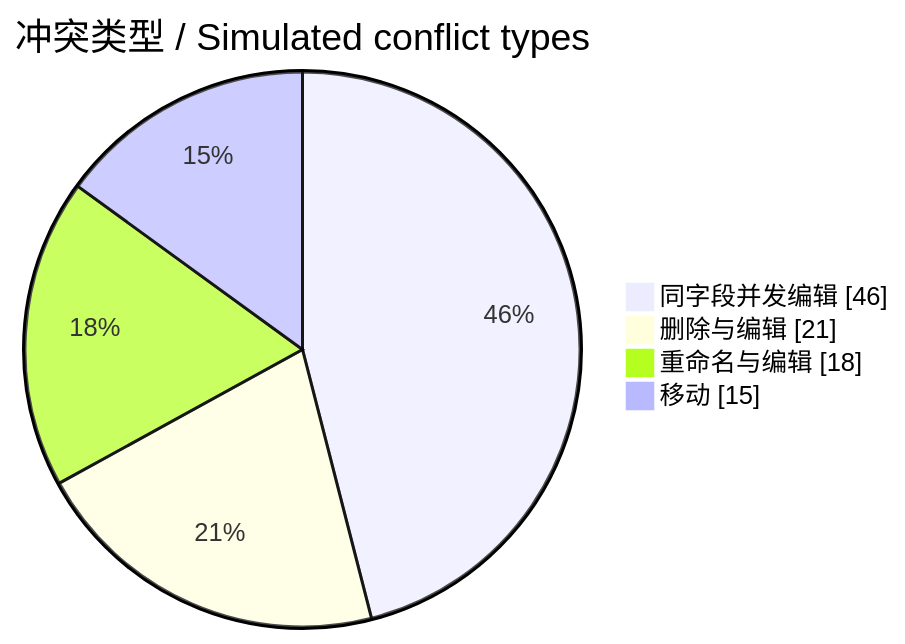
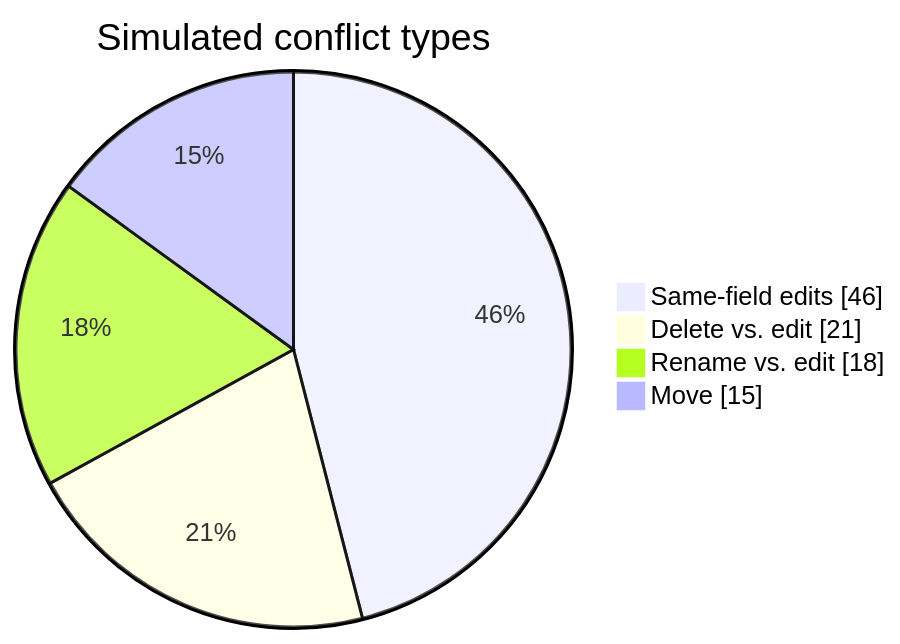
One commit to folay-git/typora-cursor-theme changed the seventh of 7 diagrams in preview.md. Above: the diagram before and after it, drawn with Mermaid. The commit also changed other lines of this file and 16 other files, not shown here.

````diff
--- a/preview.md
+++ b/preview.md
@@ -441,8 +441,8 @@
 ```mermaid
 pie showData
-    title 冲突类型 / Simulated conflict types
-    "同字段并发编辑" : 46
-    "删除与编辑" : 21
-    "重命名与编辑" : 18
-    "移动" : 15
+    title Simulated conflict types
+    "Same-field edits" : 46
+    "Delete vs. edit" : 21
+    "Rename vs. edit" : 18
+    "Move" : 15
 ```
````
